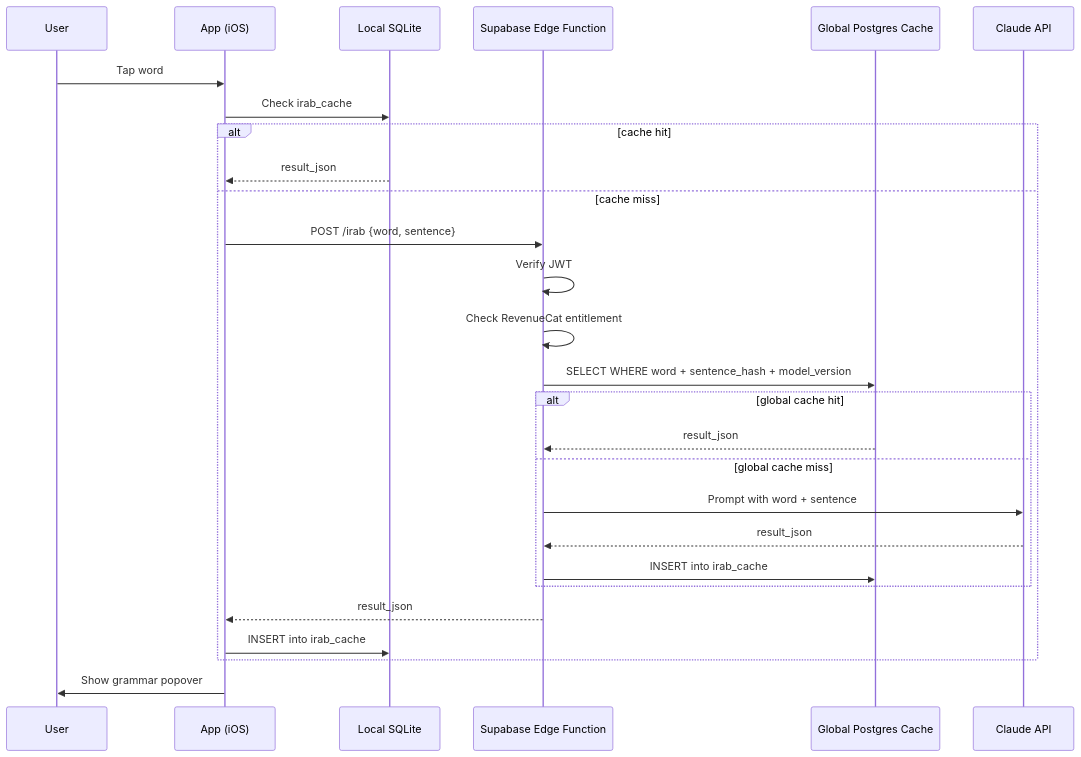
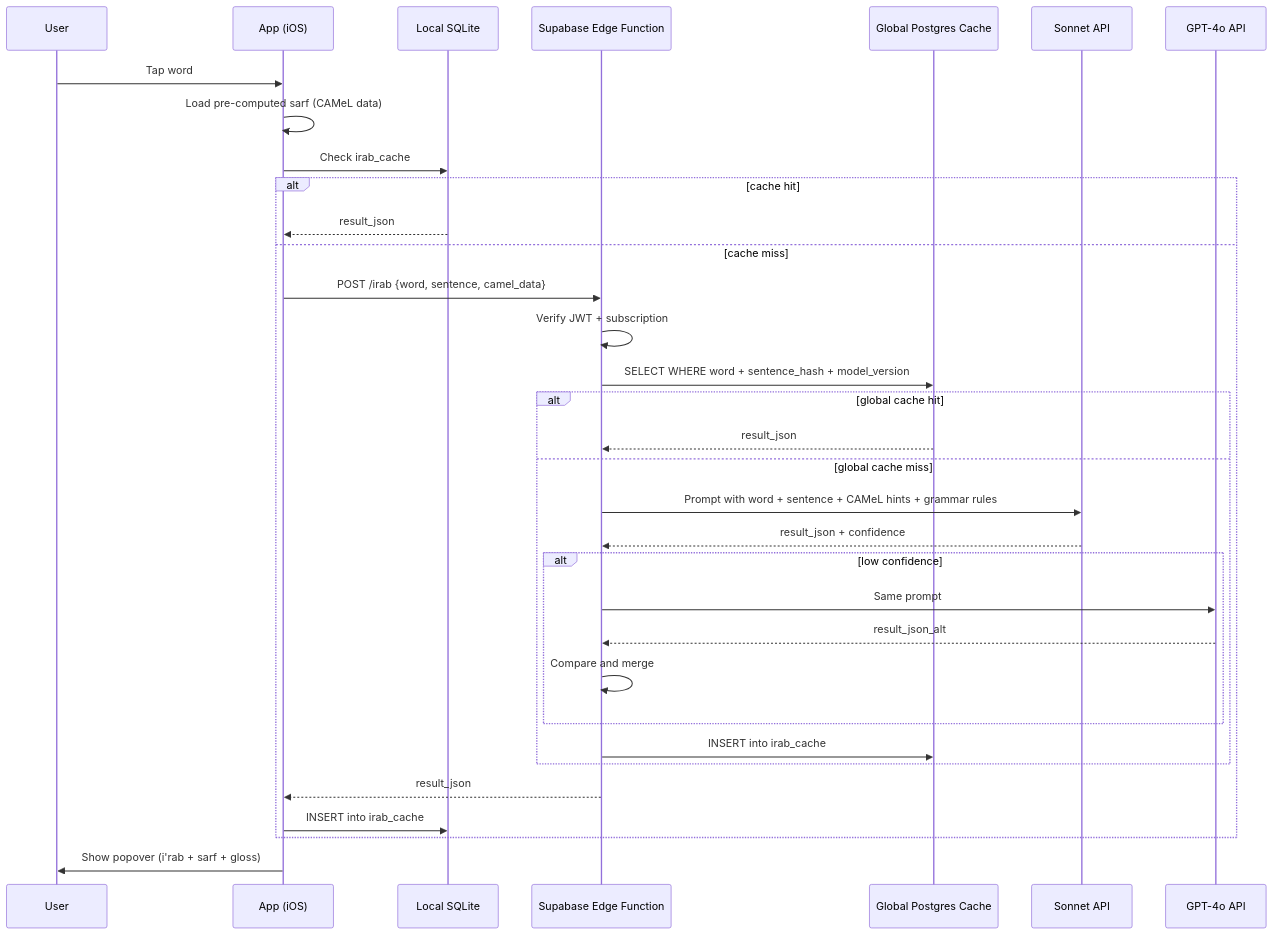
Before and after one commit to yousefh409/suhuf: the diagram in docs/agents/irab.md, drawn with Mermaid. The commit also changed other lines of this file and 85 other files, not shown here.

````diff
--- a/docs/agents/irab.md
+++ b/docs/agents/irab.md
@@ -9,30 +209,36 @@
 ```mermaid
 sequenceDiagram
     participant U as User
     participant App as App (iOS)
     participant L as Local SQLite
     participant EF as Supabase Edge Function
     participant G as Global Postgres Cache
-    participant C as Claude API
+    participant S as Sonnet API
+    participant GPT as GPT-4o API
 
     U->>App: Tap word
+    App->>App: Load pre-computed sarf (CAMeL data)
     App->>L: Check irab_cache
     alt cache hit
         L-->>App: result_json
     else cache miss
-        App->>EF: POST /irab {word, sentence}
-        EF->>EF: Verify JWT
-        EF->>EF: Check RevenueCat entitlement
+        App->>EF: POST /irab {word, sentence, camel_data}
+        EF->>EF: Verify JWT + subscription
         EF->>G: SELECT WHERE word + sentence_hash + model_version
         alt global cache hit
             G-->>EF: result_json
         else global cache miss
-            EF->>C: Prompt with word + sentence
-            C-->>EF: result_json
+            EF->>S: Prompt with word + sentence + CAMeL hints + grammar rules
+            S-->>EF: result_json + confidence
+            alt low confidence
+                EF->>GPT: Same prompt
+                GPT-->>EF: result_json_alt
+                EF->>EF: Compare and merge
+            end
             EF->>G: INSERT into irab_cache
         end
         EF-->>App: result_json
         App->>L: INSERT into irab_cache
     end
-    App->>U: Show grammar popover
+    App->>U: Show popover (i'rab + sarf + gloss)
 ```
````
